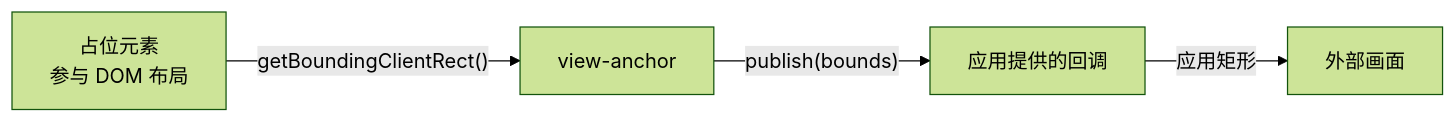
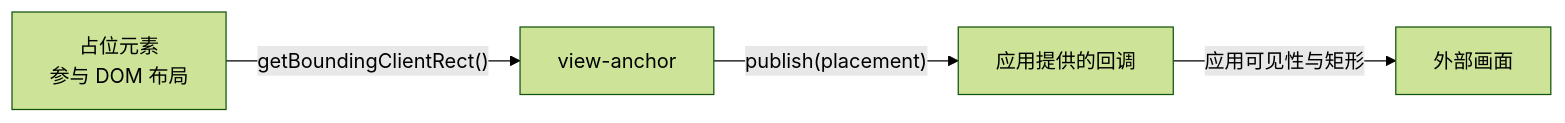
One commit to lbb00/view-anchor changed the diagram in docs/mechanism.md. Above: the diagram before and after it, drawn with Mermaid (forest theme). The commit also changed other lines of this file and 40 other files, not shown here.

````diff
--- a/docs/mechanism.md
+++ b/docs/mechanism.md
@@ -11,6 +11,6 @@
 ```mermaid
 flowchart LR
   DIV["占位元素\n参与 DOM 布局"] -->|"getBoundingClientRect()"| VA["view-anchor"]
-  VA -->|"publish(bounds)"| A["应用提供的回调"]
-  A -->|"应用矩形"| S["外部画面"]
+  VA -->|"publish(placement)"| A["应用提供的回调"]
+  A -->|"应用可见性与矩形"| S["外部画面"]
 ```
````
